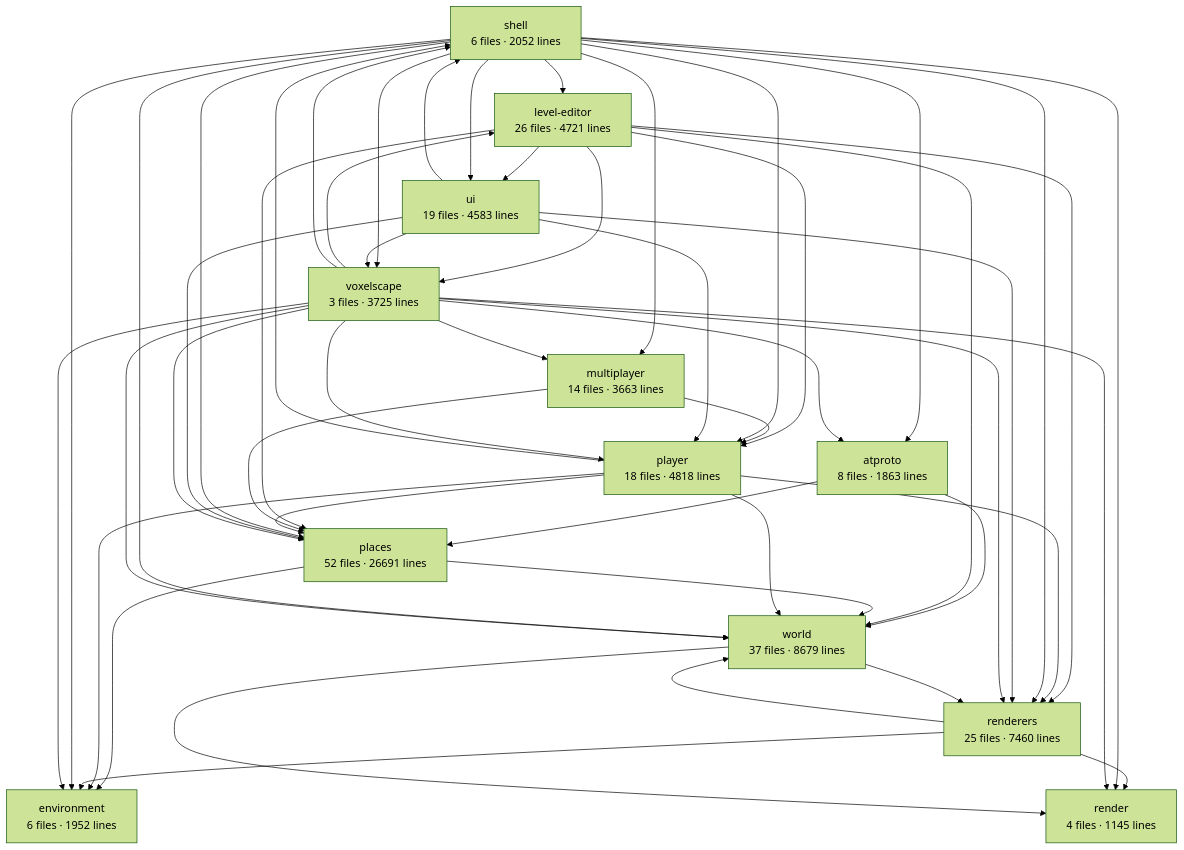
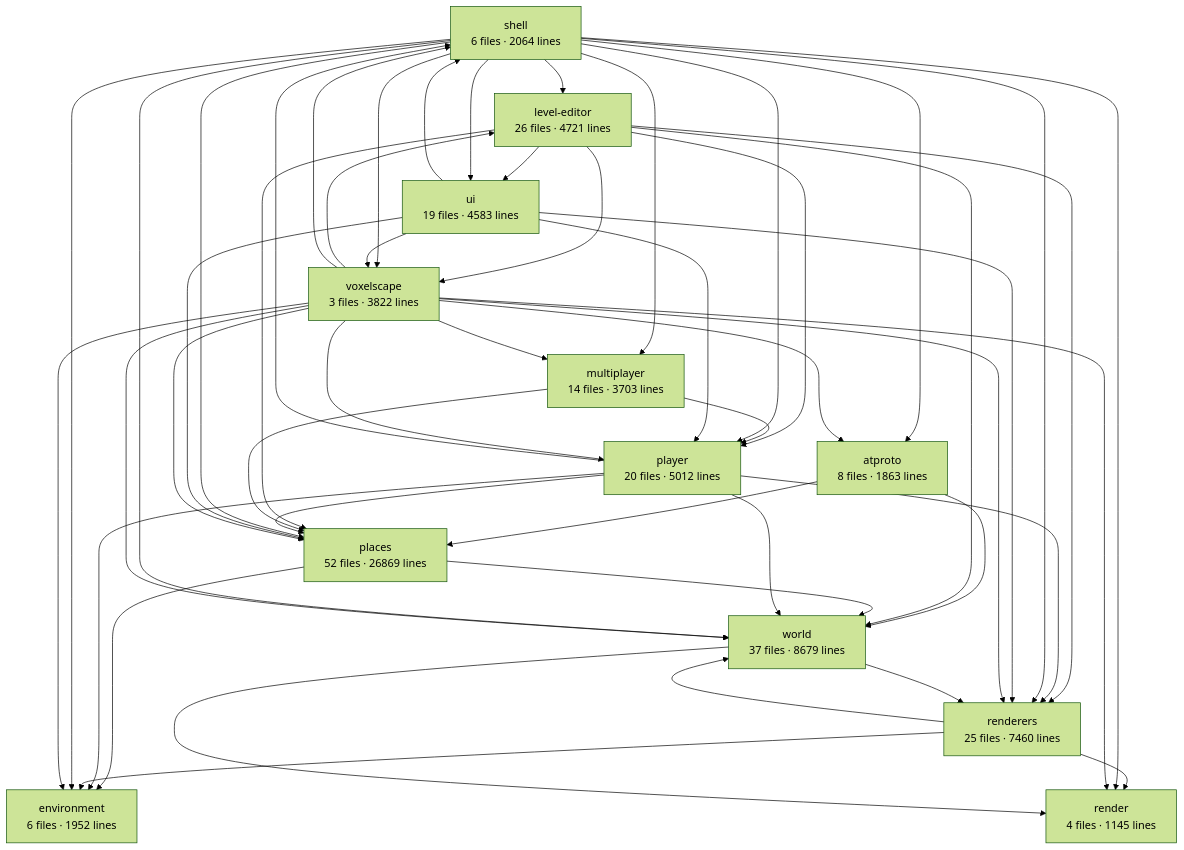
The diagram in apps/voxelscape/docs/architecture.md (big-mesh-studios/big-mesh-studios), drawn with Mermaid (forest theme) before and after one commit. The commit also changed other lines of this file and 34 other files, not shown here.

````diff
--- a/apps/voxelscape/docs/architecture.md
+++ b/apps/voxelscape/docs/architecture.md
@@ -6,63 +6,63 @@
 ```mermaid
 graph TD
-  shell["shell<br/>6 files · 2052 lines"]
-  voxelscape["voxelscape<br/>3 files · 3725 lines"]
+  shell["shell<br/>6 files · 2064 lines"]
+  voxelscape["voxelscape<br/>3 files · 3822 lines"]
   world["world<br/>37 files · 8679 lines"]
   renderers["renderers<br/>25 files · 7460 lines"]
   render["render<br/>4 files · 1145 lines"]
-  player["player<br/>18 files · 4818 lines"]
-  multiplayer["multiplayer<br/>14 files · 3663 lines"]
-  places["places<br/>52 files · 26691 lines"]
+  player["player<br/>20 files · 5012 lines"]
+  multiplayer["multiplayer<br/>14 files · 3703 lines"]
+  places["places<br/>52 files · 26869 lines"]
   environment["environment<br/>6 files · 1952 lines"]
   atproto["atproto<br/>8 files · 1863 lines"]
   ui["ui<br/>19 files · 4583 lines"]
   level-editor["level-editor<br/>26 files · 4721 lines"]
   atproto --> places
   atproto --> world
   level-editor --> places
   level-editor --> player
   level-editor --> renderers
   level-editor --> ui
   level-editor --> voxelscape
   level-editor --> world
   multiplayer --> places
   multiplayer --> player
   places --> environment
   places --> world
   player --> environment
   player --> places
   player --> renderers
   player --> shell
   player --> world
   renderers --> environment
   renderers --> render
   renderers --> world
   shell --> atproto
   shell --> environment
   shell --> level-editor
   shell --> multiplayer
   shell --> places
   shell --> player
   shell --> render
   shell --> renderers
   shell --> ui
   shell --> voxelscape
   shell --> world
   ui --> places
   ui --> player
   ui --> renderers
   ui --> shell
   ui --> voxelscape
   voxelscape --> atproto
   voxelscape --> environment
   voxelscape --> level-editor
   voxelscape --> multiplayer
   voxelscape --> places
   voxelscape --> player
   voxelscape --> render
   voxelscape --> renderers
   voxelscape --> shell
   voxelscape --> world
   world --> render
   world --> renderers
 ```
````
